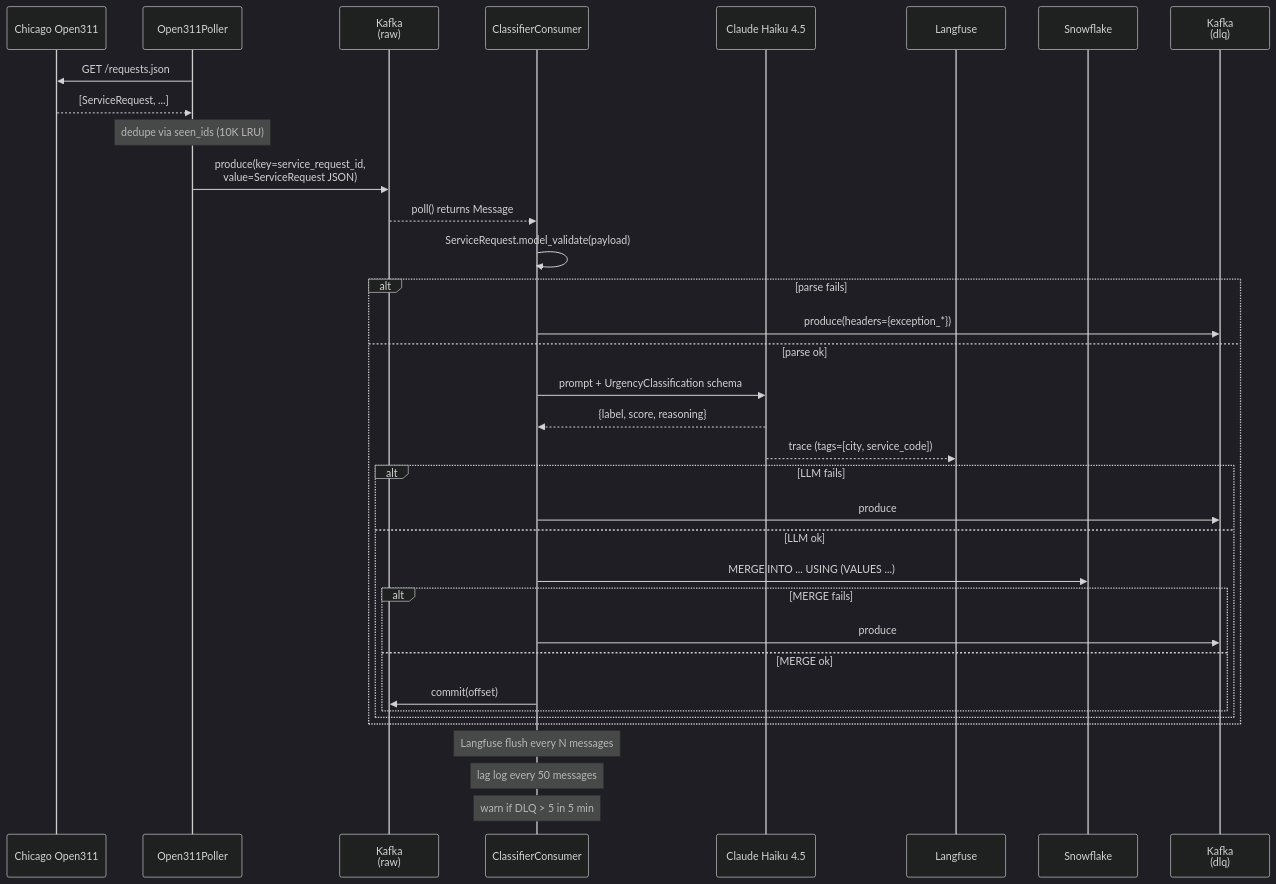
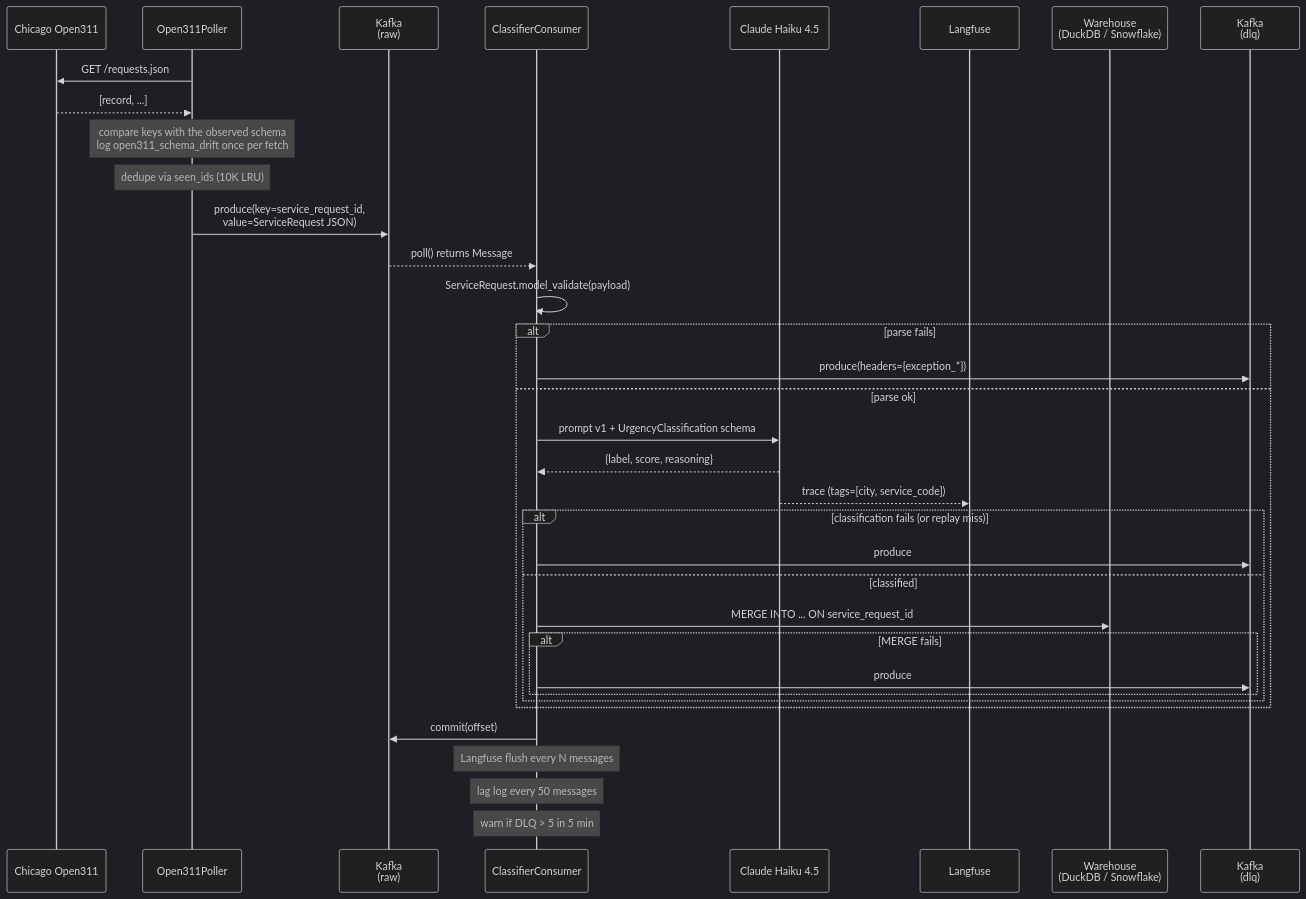
The second of 4 diagrams in ARCHITECTURE.md (tjromack/open311-pipeline), drawn with Mermaid (dark theme) before and after one commit. The commit also changed other lines of this file and 1 other file, not shown here.

First line of the commit message:
docs: bring ARCHITECTURE and CLAUDE.md to the current system

````diff
--- a/ARCHITECTURE.md
+++ b/ARCHITECTURE.md
@@ -40,40 +50,40 @@
 ```mermaid
 sequenceDiagram
     participant API as Chicago Open311
     participant P as Open311Poller
     participant K as Kafka<br/>(raw)
     participant C as ClassifierConsumer
     participant LLM as Claude Haiku 4.5
     participant LF as Langfuse
-    participant SF as Snowflake
+    participant W as Warehouse<br/>(DuckDB / Snowflake)
     participant DLQ as Kafka<br/>(dlq)
 
     P->>API: GET /requests.json
-    API-->>P: [ServiceRequest, ...]
+    API-->>P: [record, ...]
+    Note over P: compare keys with the observed schema<br/>log open311_schema_drift once per fetch
     Note over P: dedupe via seen_ids (10K LRU)
     P->>K: produce(key=service_request_id,<br/>value=ServiceRequest JSON)
 
     K-->>C: poll() returns Message
     C->>C: ServiceRequest.model_validate(payload)
     alt parse fails
         C->>DLQ: produce(headers={exception_*})
     else parse ok
-        C->>LLM: prompt + UrgencyClassification schema
+        C->>LLM: prompt v1 + UrgencyClassification schema
         LLM-->>C: {label, score, reasoning}
         LLM-->>LF: trace (tags=[city, service_code])
-        alt LLM fails
+        alt classification fails (or replay miss)
             C->>DLQ: produce
-        else LLM ok
-            C->>SF: MERGE INTO ... USING (VALUES ...)
+        else classified
+            C->>W: MERGE INTO ... ON service_request_id
             alt MERGE fails
                 C->>DLQ: produce
-            else MERGE ok
-                C->>K: commit(offset)
             end
         end
     end
+    C->>K: commit(offset)
 
     Note over C: Langfuse flush every N messages
     Note over C: lag log every 50 messages
     Note over C: warn if DLQ > 5 in 5 min
 ```
````
